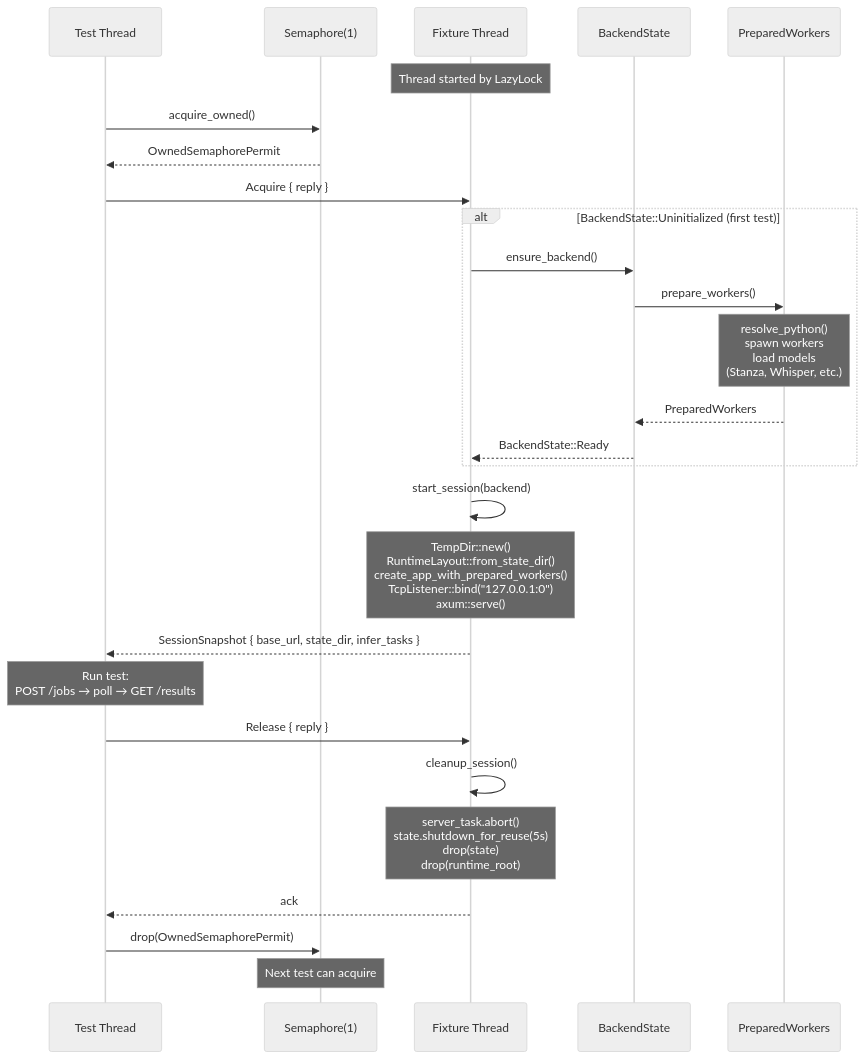
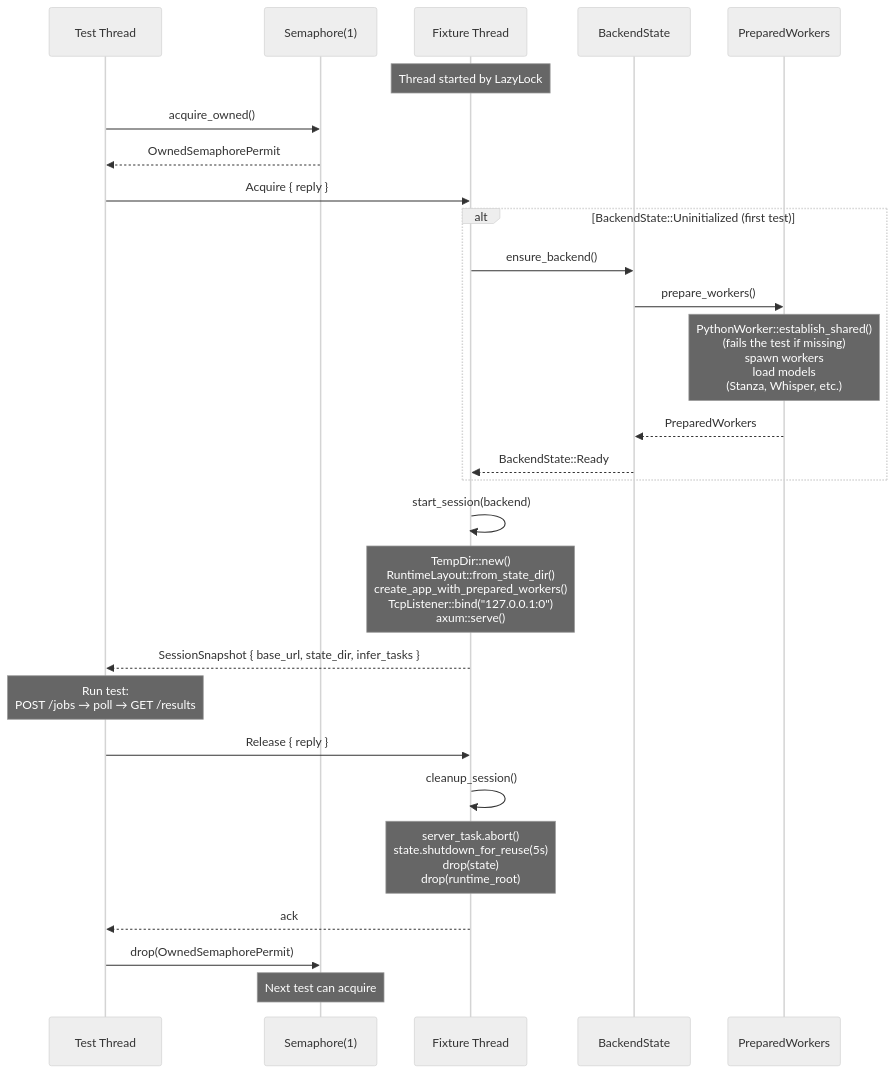
One commit to FranklinChen/talkbank-tools changed the second of 5 diagrams in book/src/batchalign/architecture/test-server-lifecycle.md. Above: the diagram before and after it, drawn with Mermaid (neutral theme). The commit also changed 265 other files, not shown here.

````diff
--- a/book/src/batchalign/architecture/test-server-lifecycle.md
+++ b/book/src/batchalign/architecture/test-server-lifecycle.md
@@ -112,38 +112,38 @@
 ```mermaid
 sequenceDiagram
     participant T as Test Thread
     participant S as Semaphore(1)
     participant FT as Fixture Thread
     participant BS as BackendState
     participant PW as PreparedWorkers
 
     Note over FT: Thread started by LazyLock
 
     T->>S: acquire_owned()
     S-->>T: OwnedSemaphorePermit
 
     T->>FT: Acquire { reply }
 
     alt BackendState::Uninitialized (first test)
         FT->>BS: ensure_backend()
         BS->>PW: prepare_workers()
-        Note over PW: resolve_python()<br/>spawn workers<br/>load models<br/>(Stanza, Whisper, etc.)
+        Note over PW: PythonWorker::establish_shared()<br/>(fails the test if missing)<br/>spawn workers<br/>load models<br/>(Stanza, Whisper, etc.)
         PW-->>BS: PreparedWorkers
         BS-->>FT: BackendState::Ready
     end
 
     FT->>FT: start_session(backend)
     Note over FT: TempDir::new()<br/>RuntimeLayout::from_state_dir()<br/>create_app_with_prepared_workers()<br/>TcpListener::bind("127.0.0.1:0")<br/>axum::serve()
 
     FT-->>T: SessionSnapshot { base_url, state_dir, infer_tasks }
 
     Note over T: Run test:<br/>POST /jobs → poll → GET /results
 
     T->>FT: Release { reply }
     FT->>FT: cleanup_session()
     Note over FT: server_task.abort()<br/>state.shutdown_for_reuse(5s)<br/>drop(state)<br/>drop(runtime_root)
     FT-->>T: ack
 
     T->>S: drop(OwnedSemaphorePermit)
     Note over S: Next test can acquire
 ```
````
